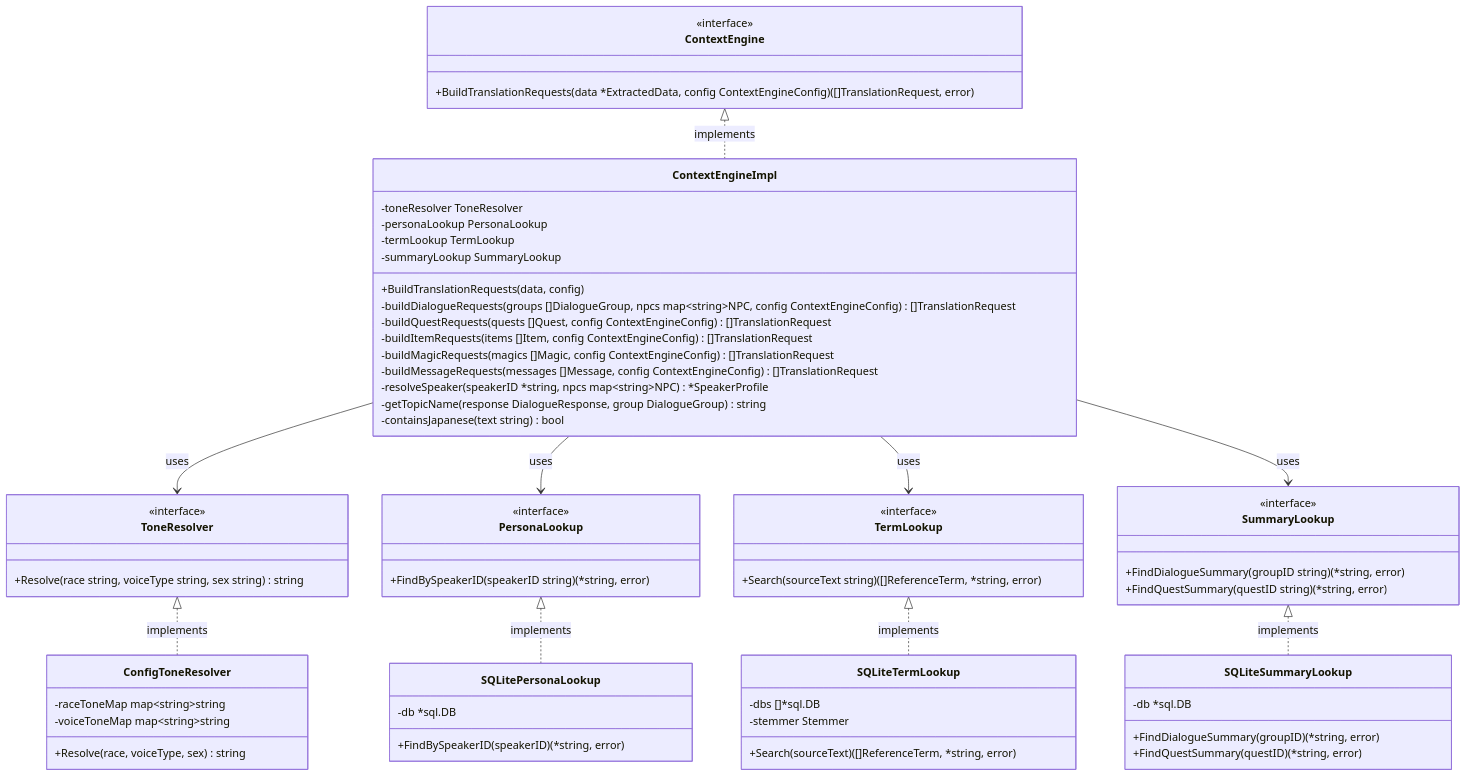
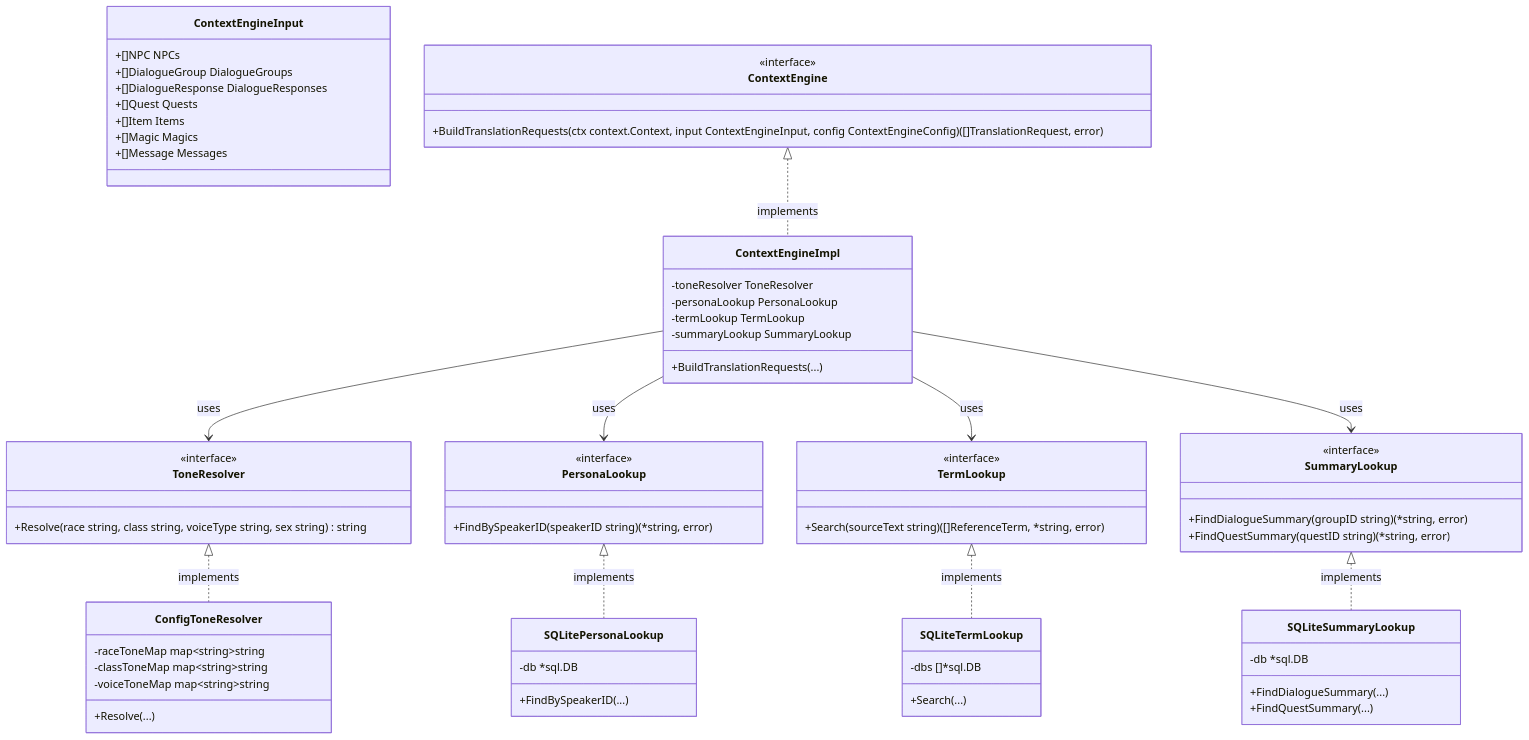
One commit to ishibata91/ai-translation-engine-2 changed the first of 2 diagrams in specs/ContextEngineSlice/context_engine_class_diagram.md. Above: the diagram before and after it, drawn with Mermaid. The commit also changed other lines of this file and 5 other files, not shown here.

````diff
--- a/specs/ContextEngineSlice/context_engine_class_diagram.md
+++ b/specs/ContextEngineSlice/context_engine_class_diagram.md
@@ -5,77 +5,79 @@
 ```mermaid
 classDiagram
+    class ContextEngineInput {
+        +[]NPC NPCs
+        +[]DialogueGroup DialogueGroups
+        +[]DialogueResponse DialogueResponses
+        +[]Quest Quests
+        +[]Item Items
+        +[]Magic Magics
+        +[]Message Messages
+    }
+
     class ContextEngine {
         <<interface>>
-        +BuildTranslationRequests(data *ExtractedData, config ContextEngineConfig) ([]TranslationRequest, error)
+        +BuildTranslationRequests(ctx context.Context, input ContextEngineInput, config ContextEngineConfig) ([]TranslationRequest, error)
     }
 
     class ContextEngineImpl {
         -toneResolver ToneResolver
         -personaLookup PersonaLookup
         -termLookup TermLookup
         -summaryLookup SummaryLookup
-        +BuildTranslationRequests(data, config)
-        -buildDialogueRequests(groups []DialogueGroup, npcs map~string~NPC, config ContextEngineConfig) []TranslationRequest
-        -buildQuestRequests(quests []Quest, config ContextEngineConfig) []TranslationRequest
-        -buildItemRequests(items []Item, config ContextEngineConfig) []TranslationRequest
-        -buildMagicRequests(magics []Magic, config ContextEngineConfig) []TranslationRequest
-        -buildMessageRequests(messages []Message, config ContextEngineConfig) []TranslationRequest
-        -resolveSpeaker(speakerID *string, npcs map~string~NPC) *SpeakerProfile
-        -getTopicName(response DialogueResponse, group DialogueGroup) string
-        -containsJapanese(text string) bool
+        +BuildTranslationRequests(...)
     }
 
     class ToneResolver {
         <<interface>>
-        +Resolve(race string, voiceType string, sex string) string
+        +Resolve(race string, class string, voiceType string, sex string) string
     }
 
     class PersonaLookup {
         <<interface>>
         +FindBySpeakerID(speakerID string) (*string, error)
     }
 
     class TermLookup {
         <<interface>>
         +Search(sourceText string) ([]ReferenceTerm, *string, error)
     }
 
     class SummaryLookup {
         <<interface>>
         +FindDialogueSummary(groupID string) (*string, error)
         +FindQuestSummary(questID string) (*string, error)
     }
 
     class ConfigToneResolver {
         -raceToneMap map~string~string
+        -classToneMap map~string~string
         -voiceToneMap map~string~string
-        +Resolve(race, voiceType, sex) string
+        +Resolve(...)
     }
 
     class SQLitePersonaLookup {
         -db *sql.DB
-        +FindBySpeakerID(speakerID) (*string, error)
+        +FindBySpeakerID(...)
     }
 
     class SQLiteTermLookup {
         -dbs []*sql.DB
-        -stemmer Stemmer
-        +Search(sourceText) ([]ReferenceTerm, *string, error)
+        +Search(...)
     }
 
     class SQLiteSummaryLookup {
         -db *sql.DB
-        +FindDialogueSummary(groupID) (*string, error)
-        +FindQuestSummary(questID) (*string, error)
+        +FindDialogueSummary(...)
+        +FindQuestSummary(...)
     }
 
     ContextEngine <|.. ContextEngineImpl : implements
     ContextEngineImpl --> ToneResolver : uses
     ContextEngineImpl --> PersonaLookup : uses
     ContextEngineImpl --> TermLookup : uses
     ContextEngineImpl --> SummaryLookup : uses
     ToneResolver <|.. ConfigToneResolver : implements
     PersonaLookup <|.. SQLitePersonaLookup : implements
     TermLookup <|.. SQLiteTermLookup : implements
     SummaryLookup <|.. SQLiteSummaryLookup : implements
 ```
````
